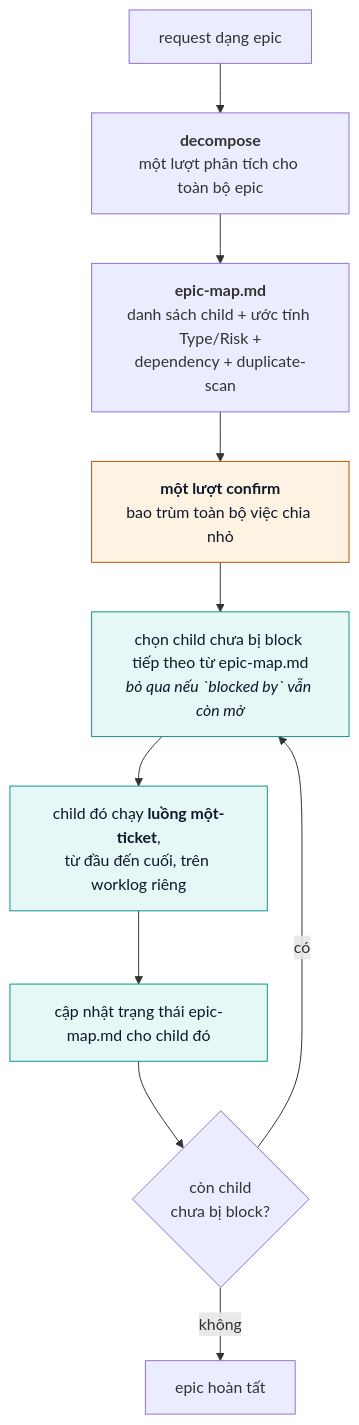
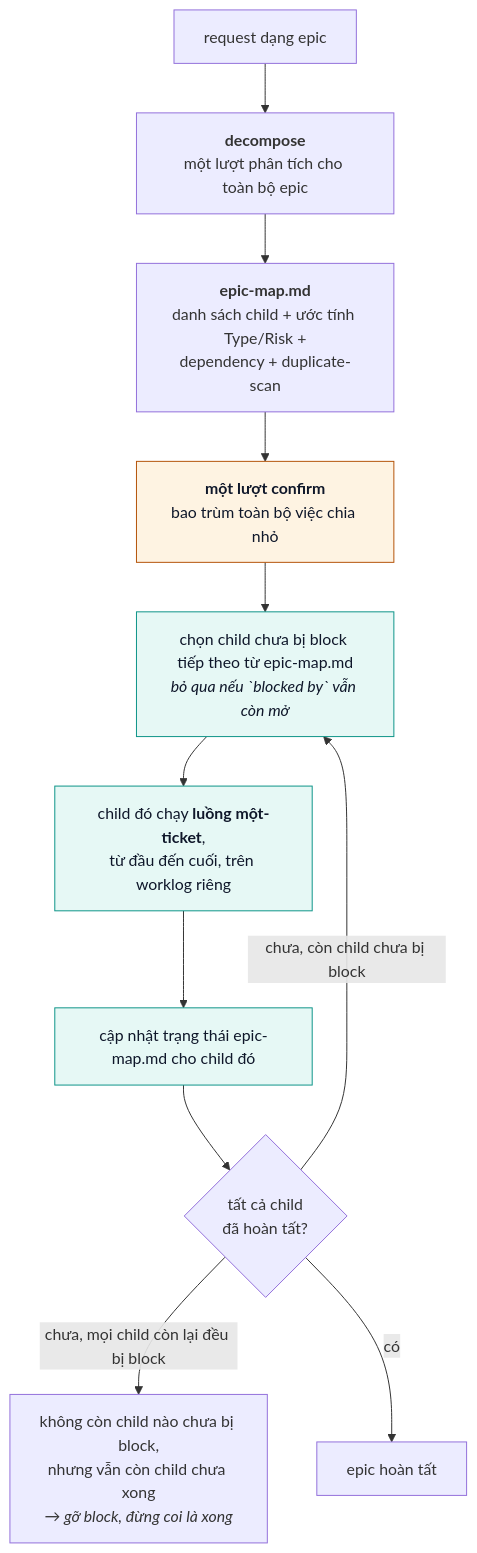
The diagram in docs/USER-GUIDE.vi.md (ninhlee99/dev-workflow), drawn with Mermaid before and after one commit. The commit also changed 9 other files, not shown here.

````diff
--- a/docs/USER-GUIDE.vi.md
+++ b/docs/USER-GUIDE.vi.md
@@ -113,21 +113,23 @@
 ```mermaid
 flowchart TD
     req["request dạng epic"]
     decompose["<b>decompose</b><br/>một lượt phân tích cho toàn bộ epic"]
     map["<b>epic-map.md</b><br/>danh sách child + ước tính Type/Risk +<br/>dependency + duplicate-scan"]
     confirm["<b>một lượt confirm</b><br/>bao trùm toàn bộ việc chia nhỏ"]
     pick["chọn child chưa bị block tiếp theo từ epic-map.md<br/><i>bỏ qua nếu `blocked by` vẫn còn mở</i>"]
     childflow["child đó chạy <b>luồng một-ticket</b>,<br/>từ đầu đến cuối, trên worklog riêng"]
     update["cập nhật trạng thái epic-map.md cho child đó"]
-    more{"còn child<br/>chưa bị block?"}
+    more{"tất cả child<br/>đã hoàn tất?"}
+    stuck["không còn child nào chưa bị block,<br/>nhưng vẫn còn child chưa xong<br/><i>→ gỡ block, đừng coi là xong</i>"]
     done["epic hoàn tất"]
 
     req --> decompose --> map --> confirm --> pick --> childflow --> update --> more
-    more -- có --> pick
-    more -- không --> done
+    more -- chưa, còn child chưa bị block --> pick
+    more -- chưa, mọi child còn lại đều bị block --> stuck
+    more -- có --> done
 
     classDef gate fill:#fef3e2,stroke:#b45309,color:#0f172a;
     classDef loop fill:#e6f8f5,stroke:#0d9488,color:#0f172a;
     class confirm gate
     class pick,childflow,update loop
 ```
````
